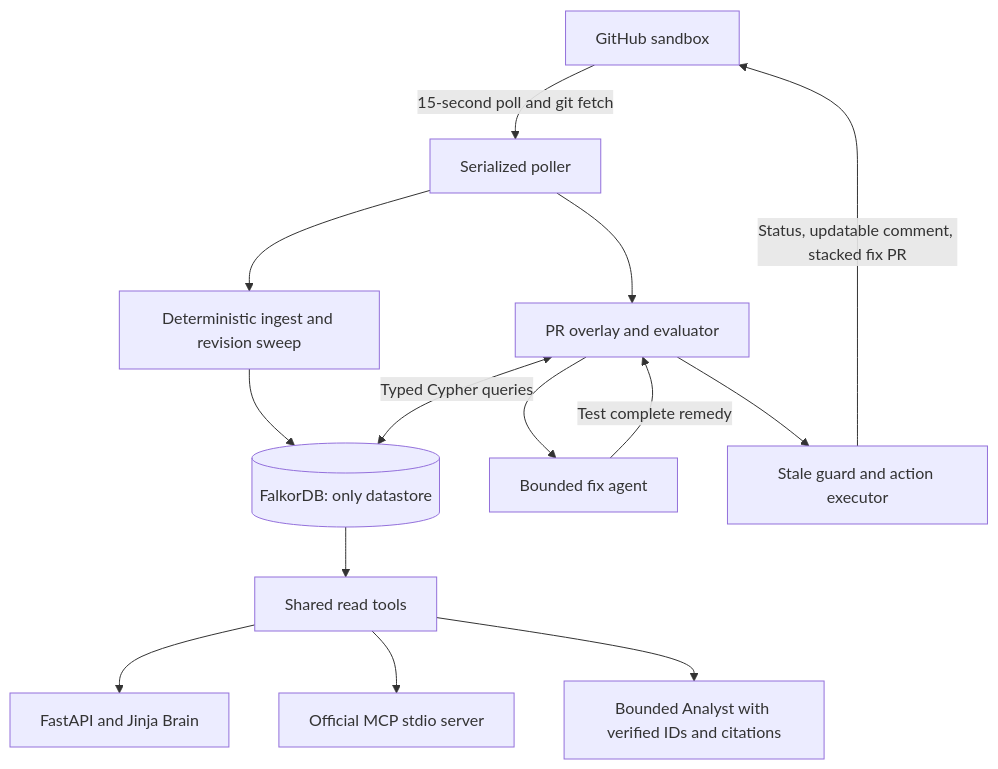
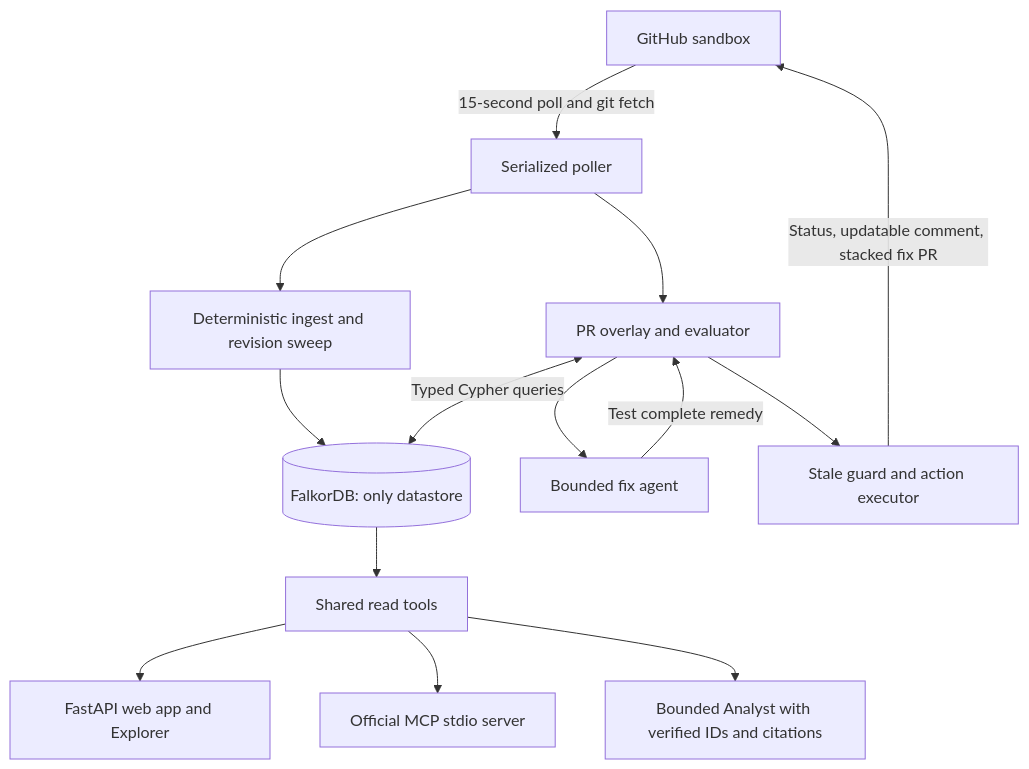
The fourth of 4 diagrams in README.md (Razeefshaik/Premise), drawn with Mermaid before and after one commit. The commit also changed other lines of this file and 10 other files, not shown here.

First line of the commit message:
docs: judge facing README with screenshots, real PR timeline and benchmark chart

````diff
--- a/README.md
+++ b/README.md
@@ -199,16 +385,16 @@
 ```mermaid
 flowchart TB
   GH[GitHub sandbox] -->|15-second poll and git fetch| P[Serialized poller]
   P --> I[Deterministic ingest and revision sweep]
   P --> E[PR overlay and evaluator]
   I --> DB[(FalkorDB: only datastore)]
   E <-->|Typed Cypher queries| DB
   E --> F[Bounded fix agent]
   F -->|Test complete remedy| E
   E --> X[Stale guard and action executor]
   X -->|Status, updatable comment, stacked fix PR| GH
   DB --> T[Shared read tools]
-  T --> UI[FastAPI and Jinja Brain]
+  T --> UI[FastAPI web app and Explorer]
   T --> MCP[Official MCP stdio server]
   T --> QA[Bounded Analyst with verified IDs and citations]
 ```
````
